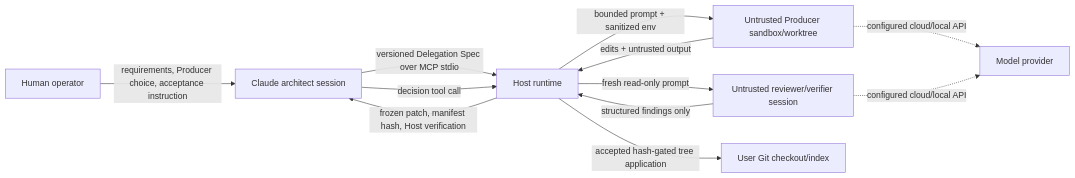
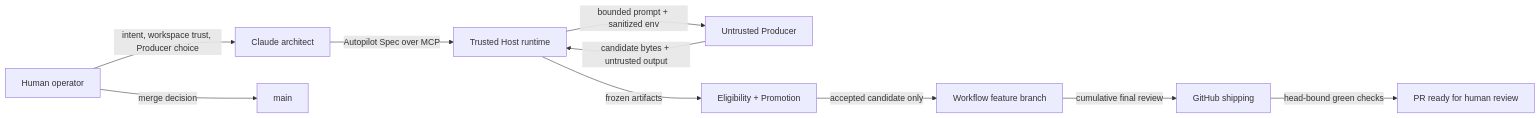
One commit to Pythoughts-labs/claude-master changed the diagram in docs/TRUST_BOUNDARIES.md. Above: the diagram before and after it, drawn with Mermaid. The commit also changed other lines of this file and 17 other files, not shown here.

````diff
--- a/docs/TRUST_BOUNDARIES.md
+++ b/docs/TRUST_BOUNDARIES.md
@@ -5,14 +5,12 @@
 ```mermaid
 flowchart LR
-  H[Human operator] -->|requirements, Producer choice, acceptance instruction| C[Claude architect session]
-  C -->|versioned Delegation Spec over MCP stdio| R[Host runtime]
-  R -->|bounded prompt + sanitized env| P[Untrusted Producer sandbox/worktree]
-  P -->|edits + untrusted output| R
-  R -->|frozen patch, manifest hash, Host verification| C
-  R -->|fresh read-only prompt| V[Untrusted reviewer/verifier session]
-  V -->|structured findings only| R
-  C -->|decision tool call| R
-  R -->|accepted hash-gated tree application| G[User Git checkout/index]
-  P -. configured cloud/local API .-> M[Model provider]
-  V -. configured cloud/local API .-> M
+  H[Human operator] -->|intent, workspace trust, Producer choice| C[Claude architect]
+  C -->|Autopilot Spec over MCP| R[Trusted Host runtime]
+  R -->|bounded prompt + sanitized env| P[Untrusted Producer]
+  P -->|candidate bytes + untrusted output| R
+  R -->|frozen artifacts| E[Eligibility + Promotion]
+  E -->|accepted candidate only| W[Workflow feature branch]
+  W -->|cumulative final review| S[GitHub shipping]
+  S -->|head-bound green checks| Q[PR ready for human review]
+  H -->|merge decision| M[main]
 ```
````
